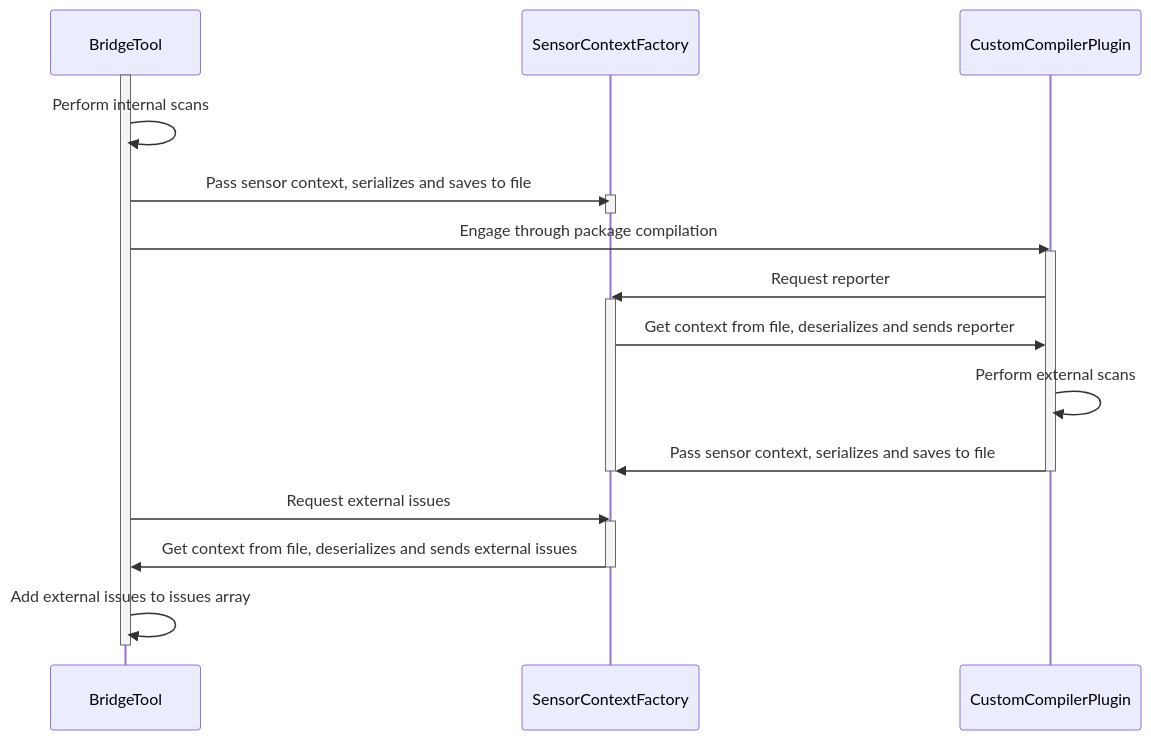
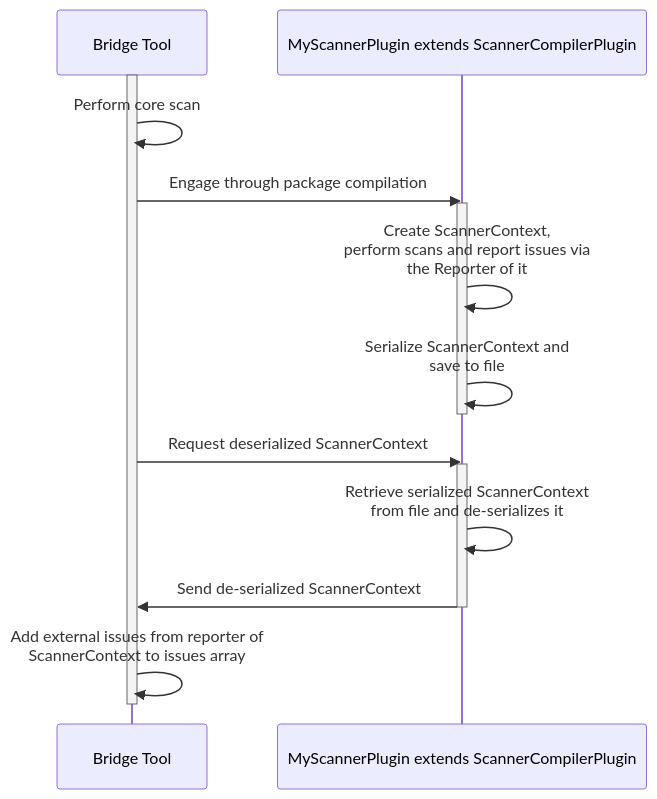
Before and after one commit to Xenowa/ballerina-tool-extension-methods: the diagram in README.md, drawn with Mermaid. The commit also changed 12 other files, not shown here.

Commit message:
Update: Refactored architecture of the approach

````diff
--- a/README.md
+++ b/README.md
@@ -3,26 +3,19 @@
 ```mermaid
 sequenceDiagram
-    participant BridgeTool
-    participant SensorContextFactory
-    participant CustomCompilerPlugin
-    activate BridgeTool
-    BridgeTool ->> BridgeTool: Perform internal scans
-    BridgeTool ->> SensorContextFactory: Pass sensor context, serializes and saves to file
-    activate SensorContextFactory
-    deactivate SensorContextFactory
-    BridgeTool ->> CustomCompilerPlugin: Engage through package compilation
-    activate CustomCompilerPlugin
-    CustomCompilerPlugin ->> SensorContextFactory: Request reporter
-    activate SensorContextFactory
-    SensorContextFactory ->> CustomCompilerPlugin: Get context from file, deserializes and sends reporter
-    CustomCompilerPlugin ->> CustomCompilerPlugin: Perform external scans
-    CustomCompilerPlugin ->> SensorContextFactory: Pass sensor context, serializes and saves to file
-    deactivate SensorContextFactory
-    deactivate CustomCompilerPlugin
-    BridgeTool ->> SensorContextFactory: Request external issues
-    activate SensorContextFactory
-    SensorContextFactory ->> BridgeTool: Get context from file, deserializes and sends external issues
-    deactivate SensorContextFactory
-    BridgeTool ->> BridgeTool: Add external issues to issues array
-    deactivate BridgeTool
+    participant Bridge Tool
+    participant MyScannerPlugin extends ScannerCompilerPlugin
+    activate Bridge Tool
+    Bridge Tool ->> Bridge Tool: Perform core scan
+    Bridge Tool ->> MyScannerPlugin extends ScannerCompilerPlugin: Engage through package compilation
+    activate MyScannerPlugin extends ScannerCompilerPlugin
+    MyScannerPlugin extends ScannerCompilerPlugin ->> MyScannerPlugin extends ScannerCompilerPlugin: Create ScannerContext, <br> perform scans and report issues via <br> the Reporter of it
+    MyScannerPlugin extends ScannerCompilerPlugin ->> MyScannerPlugin extends ScannerCompilerPlugin: Serialize ScannerContext and <br> save to file
+    deactivate MyScannerPlugin extends ScannerCompilerPlugin
+    Bridge Tool ->> MyScannerPlugin extends ScannerCompilerPlugin: Request deserialized ScannerContext
+    activate MyScannerPlugin extends ScannerCompilerPlugin
+    MyScannerPlugin extends ScannerCompilerPlugin ->> MyScannerPlugin extends ScannerCompilerPlugin: Retrieve serialized ScannerContext <br> from file and de-serializes it
+    MyScannerPlugin extends ScannerCompilerPlugin ->> Bridge Tool: Send de-serialized ScannerContext
+    deactivate MyScannerPlugin extends ScannerCompilerPlugin
+    Bridge Tool ->> Bridge Tool: Add external issues from reporter of <br> ScannerContext to issues array
+    deactivate Bridge Tool
 ```
````
